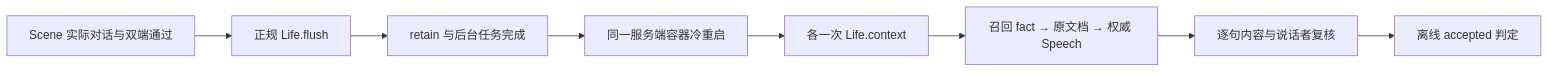
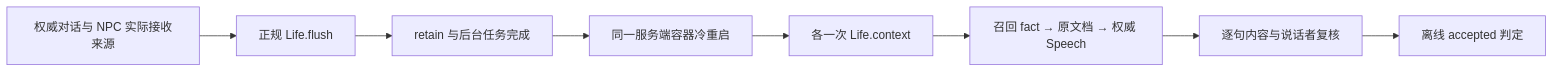
The diagram in scripts/npc_dialogue/README.md (dyzdyz010/ex_mmo_cluster), drawn with Mermaid before and after one commit. The commit also changed other lines of this file and 5 other files, not shown here.

````diff
--- a/scripts/npc_dialogue/README.md
+++ b/scripts/npc_dialogue/README.md
@@ -44,10 +71,10 @@
 ```mermaid
 flowchart LR
-  Live[Scene 实际对话与双端通过] --> Flush[正规 Life.flush]
+  Live[权威对话与 NPC 实际接收来源] --> Flush[正规 Life.flush]
   Flush --> Drain[retain 与后台任务完成]
   Drain --> Restart[同一服务端容器冷重启]
   Restart --> Recall[各一次 Life.context]
   Recall --> Source[召回 fact → 原文档 → 权威 Speech]
   Source --> Review[逐句内容与说话者复核]
   Review --> Audit[离线 accepted 判定]
 ```
````
